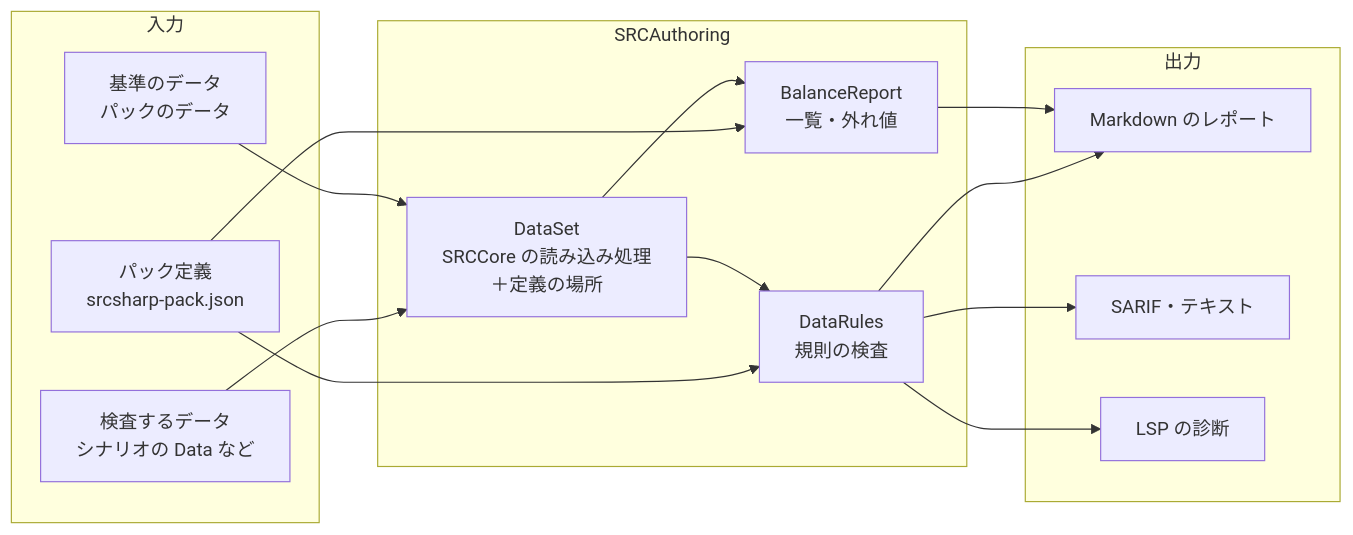
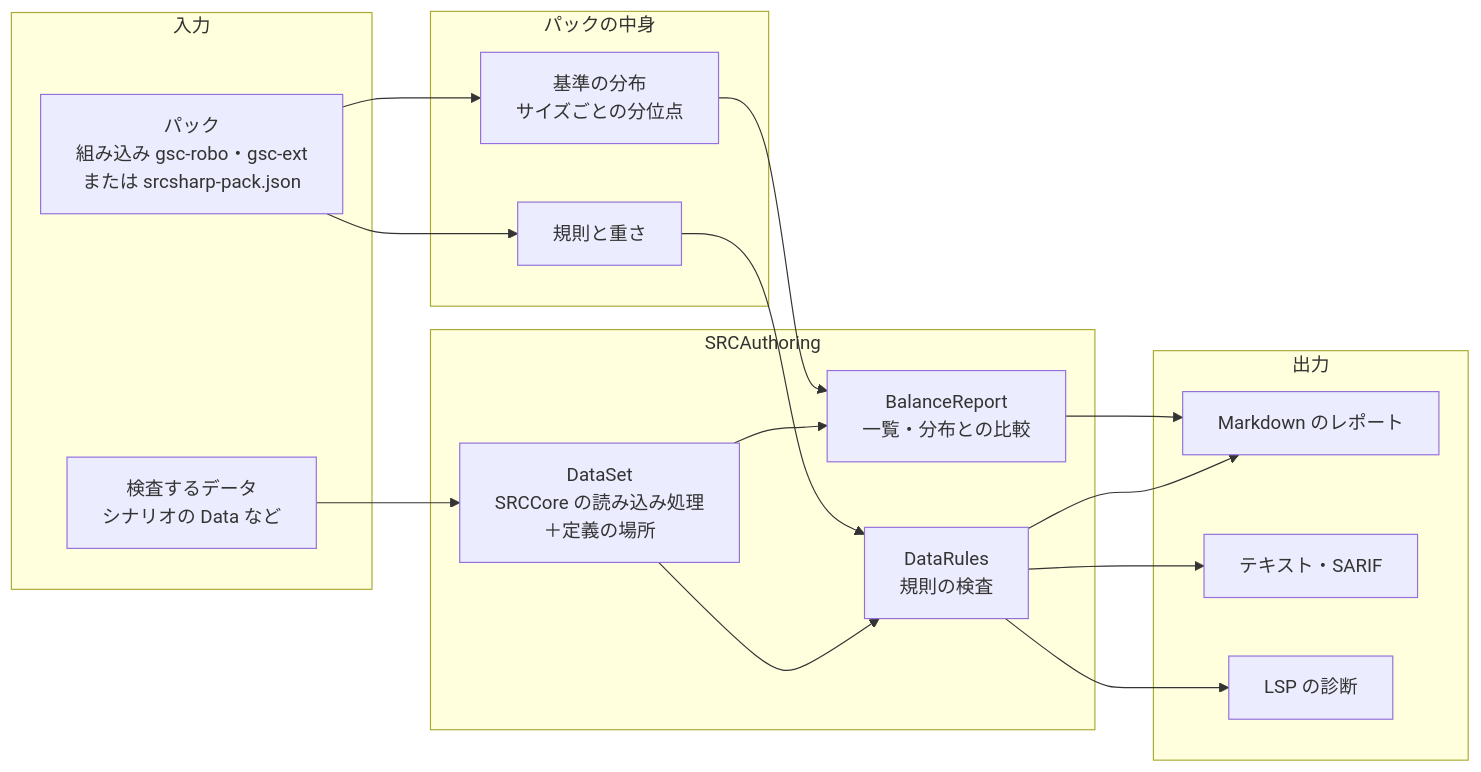
Before and after one commit to 7474/SRC: the diagram in docs/tools/balance-pack.md, drawn with Mermaid. The commit also changed other lines of this file, not shown here.

First line of the commit message:
GSC データパックの基準と実態を設計に反映する (#1388)

````diff
--- a/docs/tools/balance-pack.md
+++ b/docs/tools/balance-pack.md
@@ -32,24 +95,27 @@
 ```mermaid
 flowchart LR
   subgraph Input[入力]
     Target[検査するデータ<br/>シナリオの Data など]
-    Pack[パック定義<br/>srcsharp-pack.json]
-    Ref[基準のデータ<br/>パックのデータ]
+    Pack[パック<br/>組み込み gsc-robo・gsc-ext<br/>または srcsharp-pack.json]
+  end
+  subgraph PackParts[パックの中身]
+    Rules[規則と重さ]
+    Dist[基準の分布<br/>サイズごとの分位点]
   end
   subgraph Authoring[SRCAuthoring]
     Loader[DataSet<br/>SRCCore の読み込み処理<br/>＋定義の場所]
-    Rules[DataRules<br/>規則の検査]
-    Stats[BalanceReport<br/>一覧・外れ値]
+    Check[DataRules<br/>規則の検査]
+    Report[BalanceReport<br/>一覧・分布との比較]
   end
   subgraph Output[出力]
     MD[Markdown のレポート]
-    Sarif[SARIF・テキスト]
+    Sarif[テキスト・SARIF]
     LSP[LSP の診断]
   end
+  Pack --> Rules & Dist
   Target --> Loader
-  Ref --> Loader
-  Pack --> Rules
-  Pack --> Stats
-  Loader --> Rules --> MD & Sarif & LSP
-  Loader --> Stats --> MD
+  Loader --> Check --> MD & Sarif & LSP
+  Rules --> Check
+  Loader --> Report --> MD
+  Dist --> Report
 ```
````
